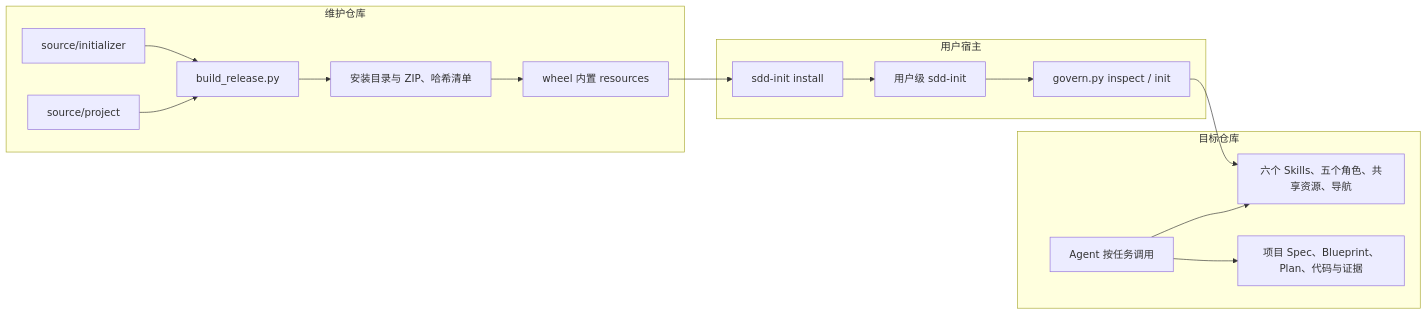
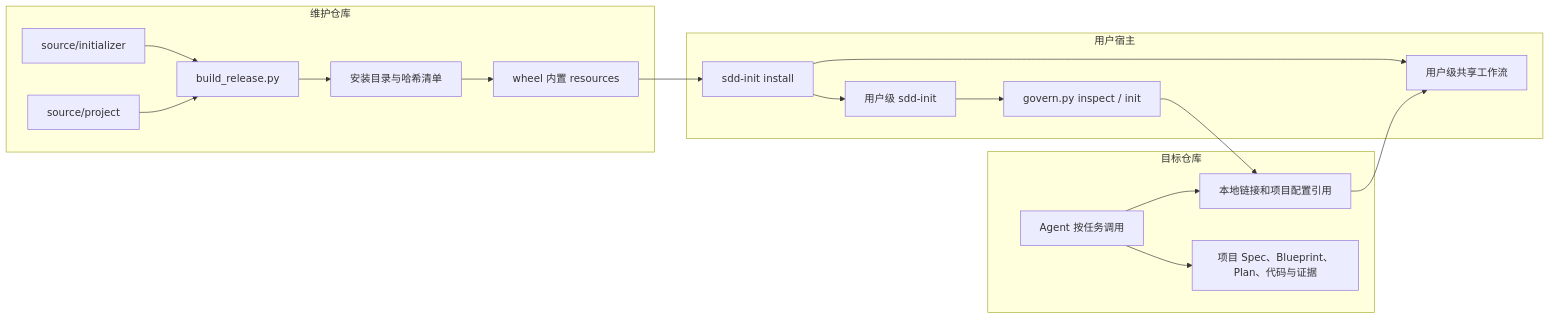
One commit to bigsmartben/sdd-init changed the second of 3 diagrams in docs/blueprint.md. Above: the diagram before and after it, drawn with Mermaid. The commit also changed other lines of this file and 27 other files, not shown here.

````diff
--- a/docs/blueprint.md
+++ b/docs/blueprint.md
@@ -72,22 +72,24 @@
 ```mermaid
 flowchart LR
   subgraph Repo[维护仓库]
     InitSource[source/initializer]
     ProjectSource[source/project]
     Builder[build_release.py]
     InitSource --> Builder
     ProjectSource --> Builder
-    Builder --> Bundle[安装目录与 ZIP、哈希清单]
+    Builder --> Bundle[安装目录与哈希清单]
     Bundle --> Wheel[wheel 内置 resources]
   end
   subgraph UserHost[用户宿主]
     CLI[sdd-init install] --> UserSkill[用户级 sdd-init]
     Wheel --> CLI
+    CLI --> SharedBundle[用户级共享工作流]
     UserSkill --> Govern[govern.py inspect / init]
   end
   subgraph Target[目标仓库]
-    Govern --> Local[六个 Skills、五个角色、共享资源、导航]
+    Govern --> Local[本地链接和项目配置引用]
+    Local --> SharedBundle
     Agent[Agent 按任务调用] --> Local
     Agent --> Artifacts[项目 Spec、Blueprint、Plan、代码与证据]
   end
 ```
````
